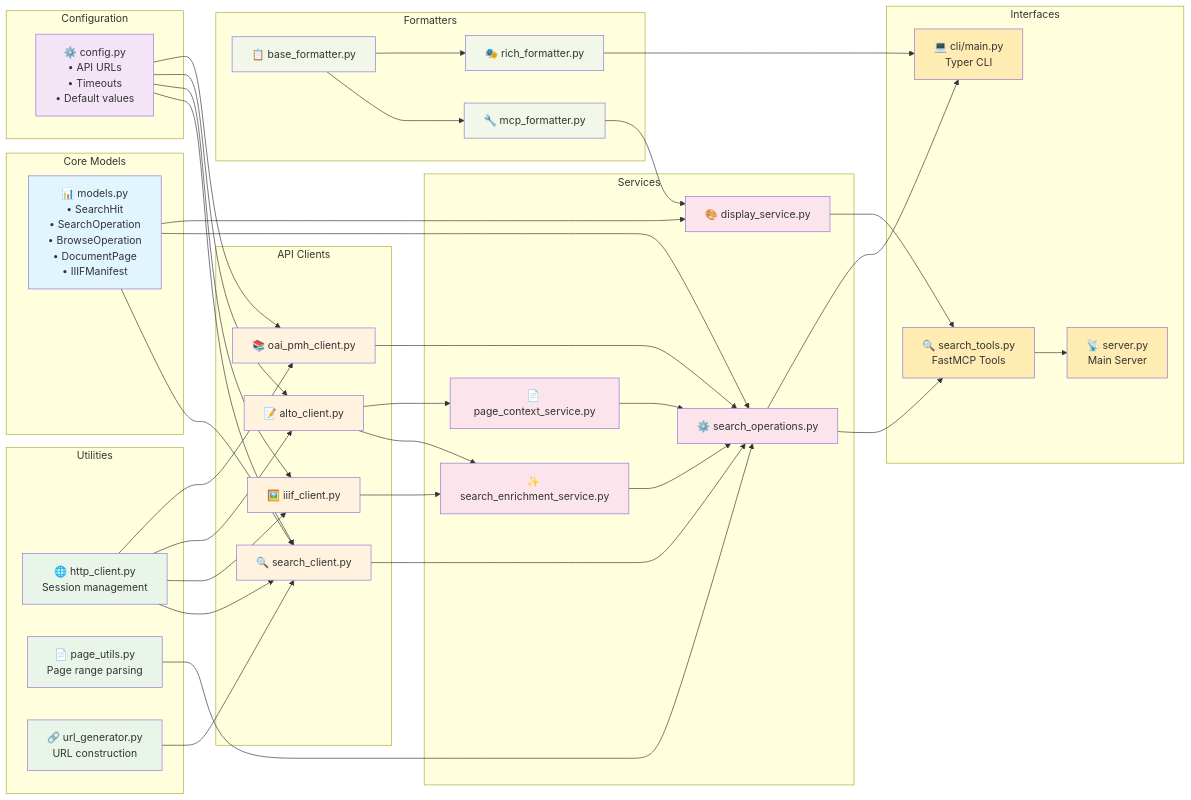
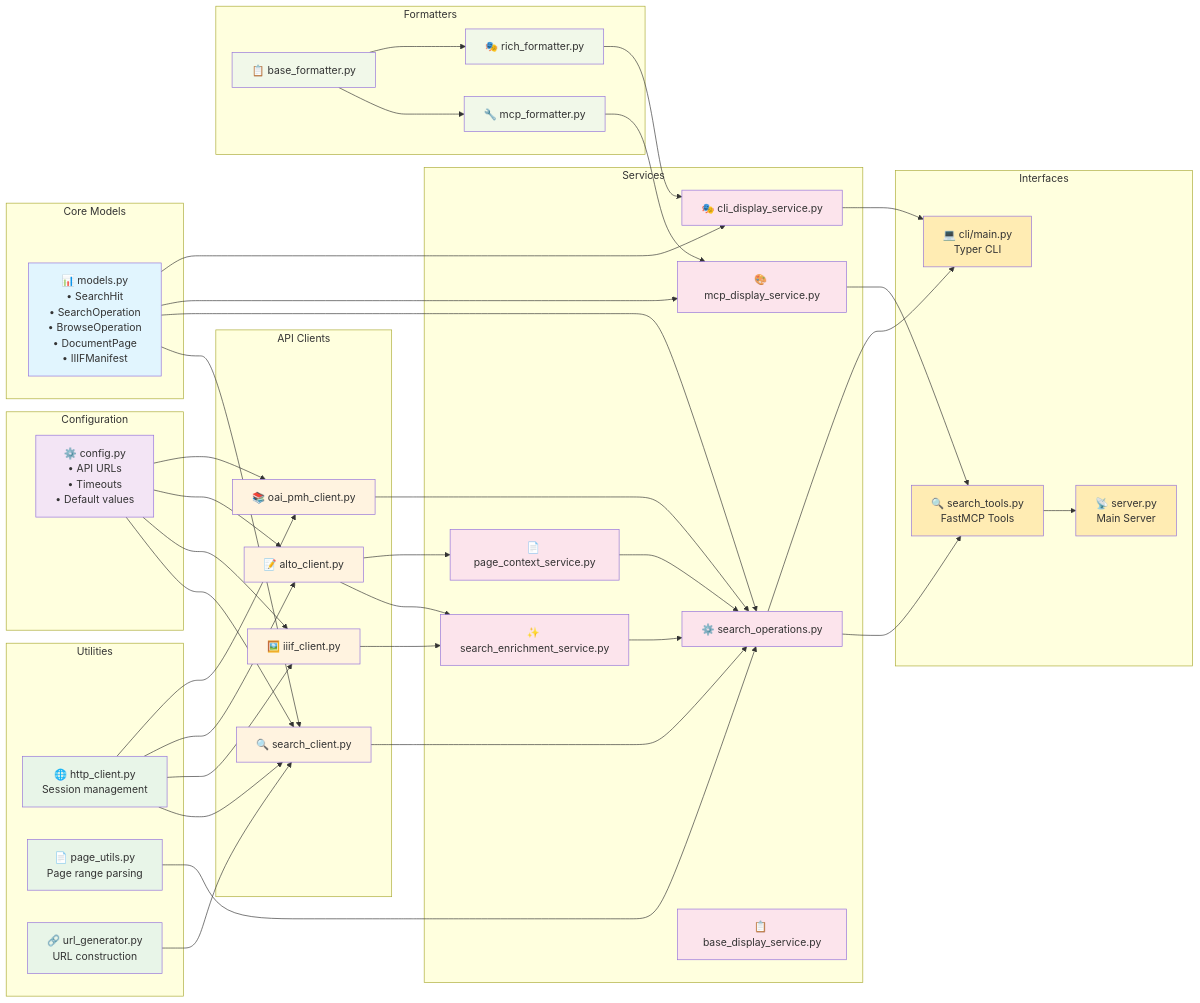
The fifth of 5 diagrams in docs/architecture-diagrams.md (AI-Riksarkivet/ra-mcp), drawn with Mermaid before and after one commit. The commit also changed other lines of this file and 7 other files, not shown here.

First line of the commit message:
refactor(services): split DisplayService into interface-specific services

````diff
--- a/docs/architecture-diagrams.md
+++ b/docs/architecture-diagrams.md
@@ -359,7 +361,9 @@
 
     subgraph "Services"
         SEARCH_SVC[⚙️ search_operations.py]
-        DISPLAY_SVC[🎨 display_service.py]
+        MCP_DISPLAY_SVC[🎨 mcp_display_service.py]
+        CLI_DISPLAY_SVC[🎭 cli_display_service.py]
+        BASE_DISPLAY_SVC[📋 base_display_service.py]
         ENRICH_SVC[✨ search_enrichment_service.py]
         PAGE_SVC[📄 page_context_service.py]
     end
@@ -392,7 +396,8 @@
 
     MODELS --> SEARCH_CLI
     MODELS --> SEARCH_SVC
-    MODELS --> DISPLAY_SVC
+    MODELS --> MCP_DISPLAY_SVC
+    MODELS --> CLI_DISPLAY_SVC
 
     SEARCH_CLI --> SEARCH_SVC
     IIIF_CLI --> ENRICH_SVC
@@ -406,12 +411,13 @@
     BASE_FMT --> MCP_FMT
     BASE_FMT --> RICH_FMT
 
-    MCP_FMT --> DISPLAY_SVC
-    RICH_FMT --> CLI
+    MCP_FMT --> MCP_DISPLAY_SVC
+    RICH_FMT --> CLI_DISPLAY_SVC
 
     SEARCH_SVC --> MCP_TOOLS
     SEARCH_SVC --> CLI
-    DISPLAY_SVC --> MCP_TOOLS
+    MCP_DISPLAY_SVC --> MCP_TOOLS
+    CLI_DISPLAY_SVC --> CLI
 
     MCP_TOOLS --> SERVER
 
@@ -427,7 +433,7 @@
     class CONFIG configClass
     class HTTP,PAGES,URLS utilClass
     class SEARCH_CLI,IIIF_CLI,ALTO_CLI,OAI_CLI clientClass
-    class SEARCH_SVC,DISPLAY_SVC,ENRICH_SVC,PAGE_SVC serviceClass
+    class SEARCH_SVC,MCP_DISPLAY_SVC,CLI_DISPLAY_SVC,BASE_DISPLAY_SVC,ENRICH_SVC,PAGE_SVC serviceClass
     class BASE_FMT,MCP_FMT,RICH_FMT formatClass
     class MCP_TOOLS,CLI,SERVER interfaceClass
 ```
````
